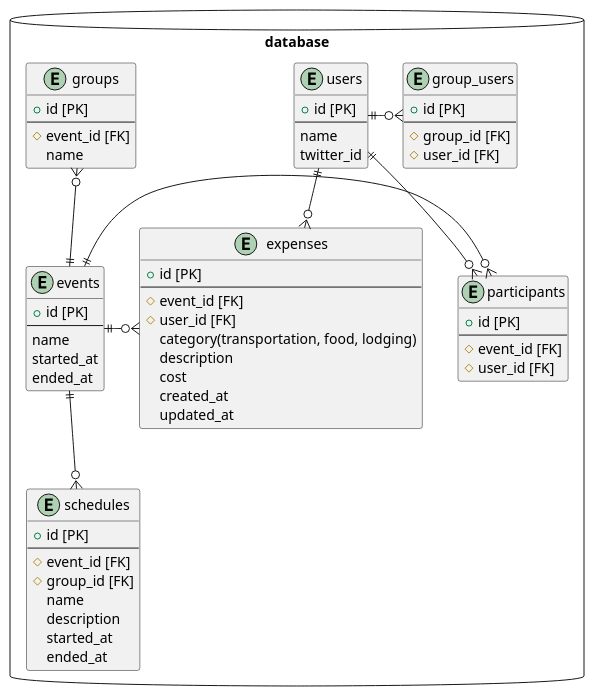
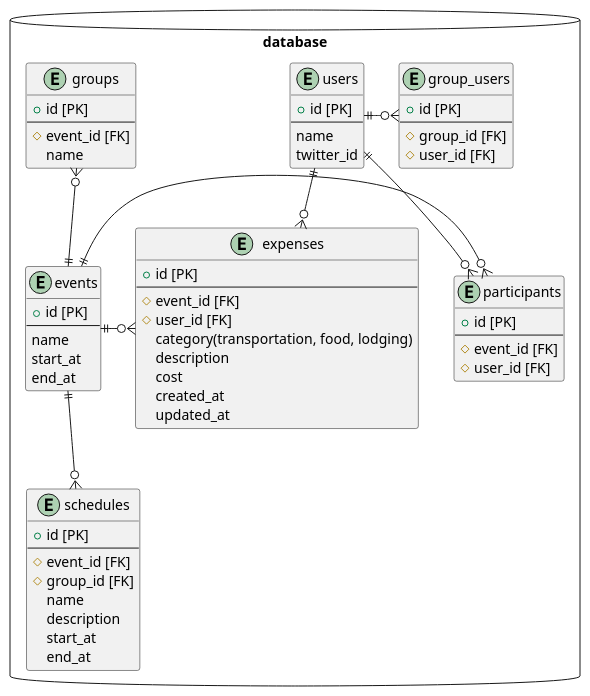
Before and after one commit to tomocrafter/tispa-backend: the diagram in docs/schema.md, drawn with PlantUML.

Commit message:
docs: 開始・終了日時についてのカラム名修正

````diff
--- a/docs/schema.md
+++ b/docs/schema.md
@@ -3,75 +3,75 @@
 ```plantuml
 @startuml
 
 package database <<Database>> {
   entity users {
     + id [PK]
     ---
     name
     twitter_id
   }
 
   entity events {
     + id [PK]
     ---
     name
-    started_at
-    ended_at
+    start_at
+    end_at
   }
 
   entity participants {
     + id [PK]
     ---
     # event_id [FK]
     # user_id [FK]
   }
 
   entity groups {
     + id [PK]
     ---
     # event_id [FK]
     name
   }
 
   entity group_users {
     + id [PK]
     ---
     # group_id [FK]
     # user_id [FK]
   }
 
   entity schedules {
     + id [PK]
     ---
     # event_id [FK]
     # group_id [FK]
     name
     description
-    started_at
-    ended_at
+    start_at
+    end_at
   }
 
   entity expenses {
     + id [PK]
     ---
     # event_id [FK]
     # user_id [FK]
     category(transportation, food, lodging)
     description
     cost
     created_at
     updated_at
   }
 }
 
 users ||-d-o{ participants
 users ||-r-o{ group_users
 users ||-o{ expenses
 
 events ||-l-o{ participants
 events ||-u-o{ groups
 events ||-d-o{ schedules
 events ||-o{ expenses
 
 @enduml
 ```
````
